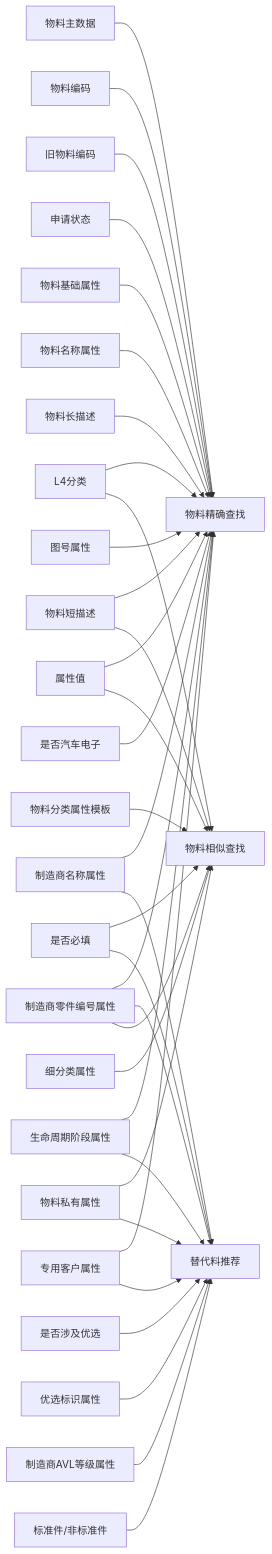
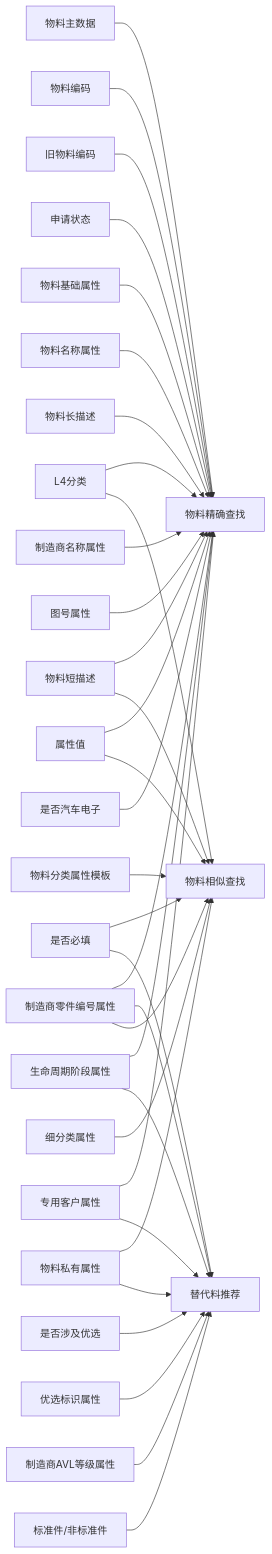
The third of 3 diagrams in projects/物料主数据知识图谱/output/semantic_network.md (waynefeng26/het-semantica), drawn with Mermaid before and after one commit. The commit also changed other lines of this file and 21 other files, not shown here.

Commit message:
物料主数据知识图谱

````diff
--- a/projects/物料主数据知识图谱/output/semantic_network.md
+++ b/projects/物料主数据知识图谱/output/semantic_network.md
@@ -36,37 +36,36 @@
 ```mermaid
 graph LR
     n1["物料主数据"] --> n14["物料精确查找"]
     n15["物料编码"] --> n14["物料精确查找"]
     n16["旧物料编码"] --> n14["物料精确查找"]
     n17["申请状态"] --> n14["物料精确查找"]
     n18["L4分类"] --> n14["物料精确查找"]
     n0["物料基础属性"] --> n14["物料精确查找"]
     n19["物料名称属性"] --> n14["物料精确查找"]
     n20["物料短描述"] --> n14["物料精确查找"]
     n21["物料长描述"] --> n14["物料精确查找"]
     n22["属性值"] --> n14["物料精确查找"]
     n23["制造商名称属性"] --> n14["物料精确查找"]
     n24["制造商零件编号属性"] --> n14["物料精确查找"]
     n25["图号属性"] --> n14["物料精确查找"]
     n26["生命周期阶段属性"] --> n14["物料精确查找"]
     n27["专用客户属性"] --> n14["物料精确查找"]
     n28["是否汽车电子"] --> n14["物料精确查找"]
     n18["L4分类"] --> n29["物料相似查找"]
     n5["物料分类属性模板"] --> n29["物料相似查找"]
     n30["是否必填"] --> n29["物料相似查找"]
     n30["是否必填"] --> n31["替代料推荐"]
     n22["属性值"] --> n29["物料相似查找"]
     n20["物料短描述"] --> n29["物料相似查找"]
     n2["物料私有属性"] --> n29["物料相似查找"]
     n32["细分类属性"] --> n29["物料相似查找"]
     n2["物料私有属性"] --> n31["替代料推荐"]
     n33["是否涉及优选"] --> n31["替代料推荐"]
     n34["优选标识属性"] --> n31["替代料推荐"]
     n35["制造商AVL等级属性"] --> n31["替代料推荐"]
     n36["标准件/非标准件"] --> n31["替代料推荐"]
-    n23["制造商名称属性"] --> n31["替代料推荐"]
     n24["制造商零件编号属性"] --> n31["替代料推荐"]
     n24["制造商零件编号属性"] --> n29["物料相似查找"]
     n26["生命周期阶段属性"] --> n31["替代料推荐"]
     n27["专用客户属性"] --> n31["替代料推荐"]
 ```
````
